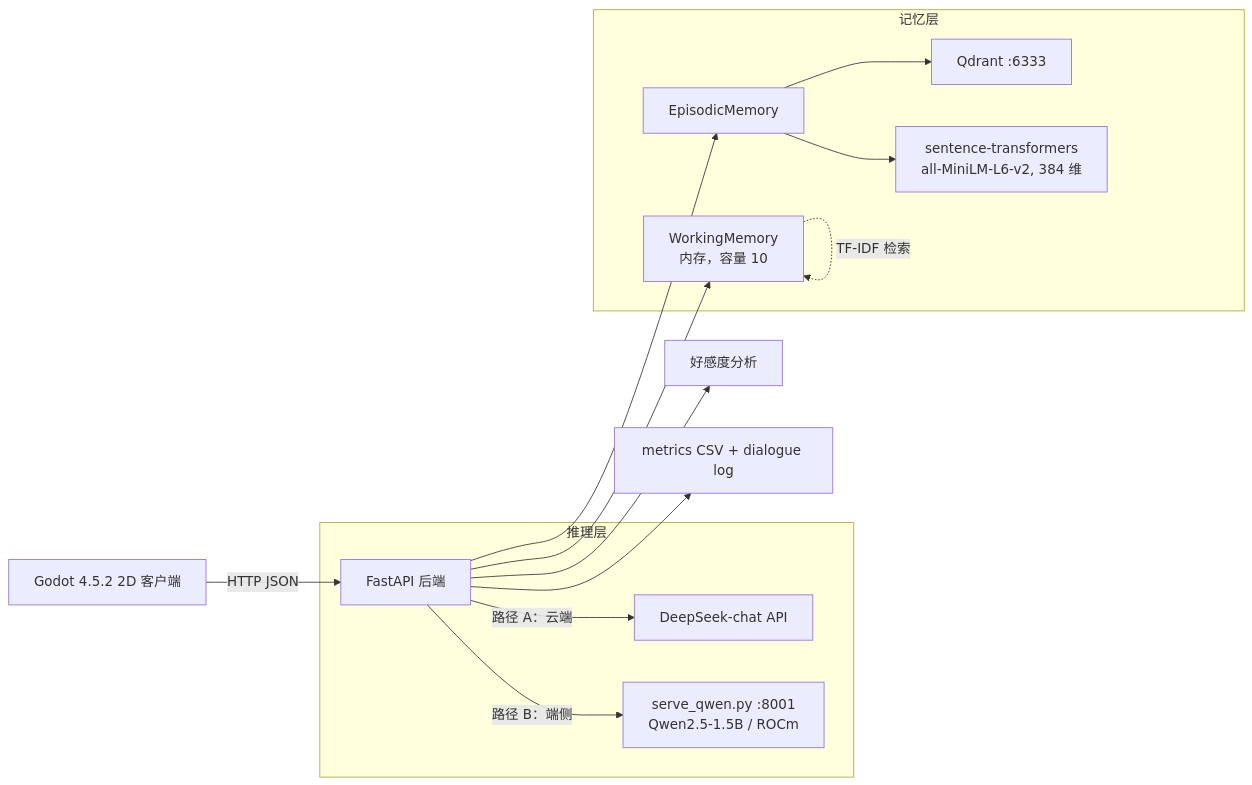
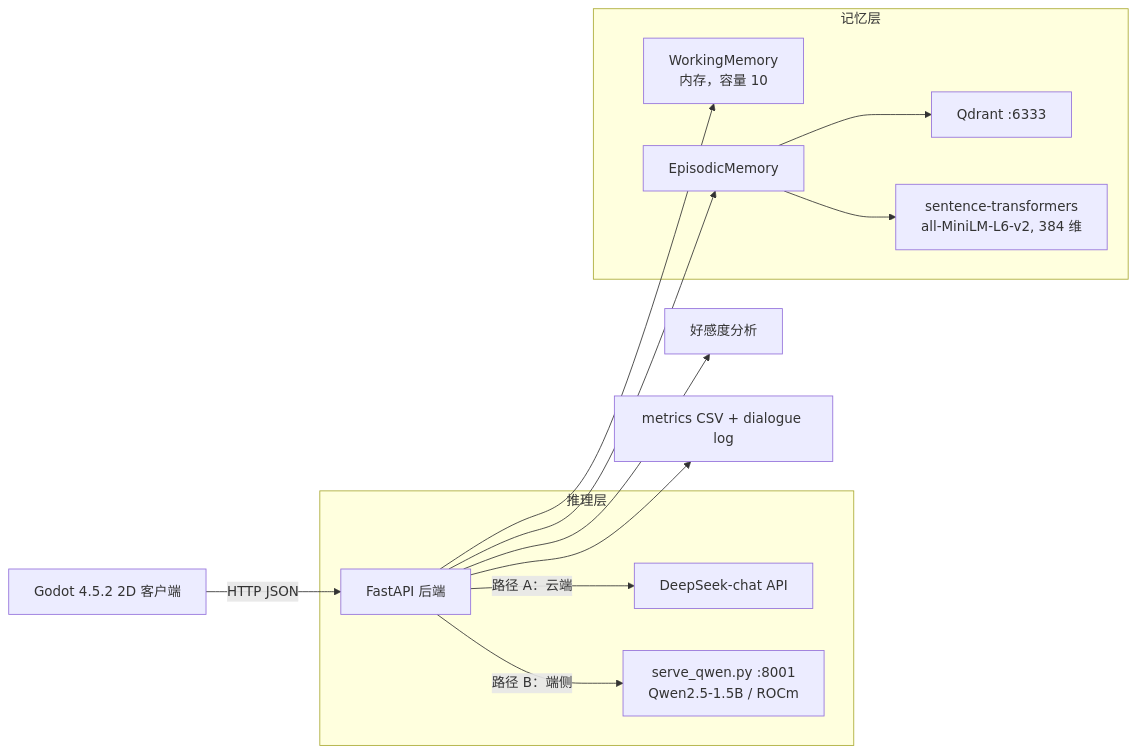
One commit to lingqinwd/cybertown-eval changed the first of 2 diagrams in docs/ARCHITECTURE.md. Above: the diagram before and after it, drawn with Mermaid. The commit also changed other lines of this file and 7 other files, not shown here.

````diff
--- a/docs/ARCHITECTURE.md
+++ b/docs/ARCHITECTURE.md
@@ -3,20 +5,19 @@
 ```mermaid
 flowchart LR
     G[Godot 4.5.2 2D 客户端] -->|HTTP JSON| F[FastAPI 后端]
 
     subgraph 推理层
         F -->|路径 A：云端| D[DeepSeek-chat API]
         F -->|路径 B：端侧| L[serve_qwen.py :8001<br/>Qwen2.5-1.5B / ROCm]
     end
 
     subgraph 记忆层
         F --> W[WorkingMemory<br/>内存，容量 10]
         F --> E[EpisodicMemory]
         E --> Q[Qdrant :6333]
-        W -.TF-IDF 检索.-> W
         E --> M[sentence-transformers<br/>all-MiniLM-L6-v2, 384 维]
     end
 
     F --> R[好感度分析]
     F --> LOG[metrics CSV + dialogue log]
 ```
````
